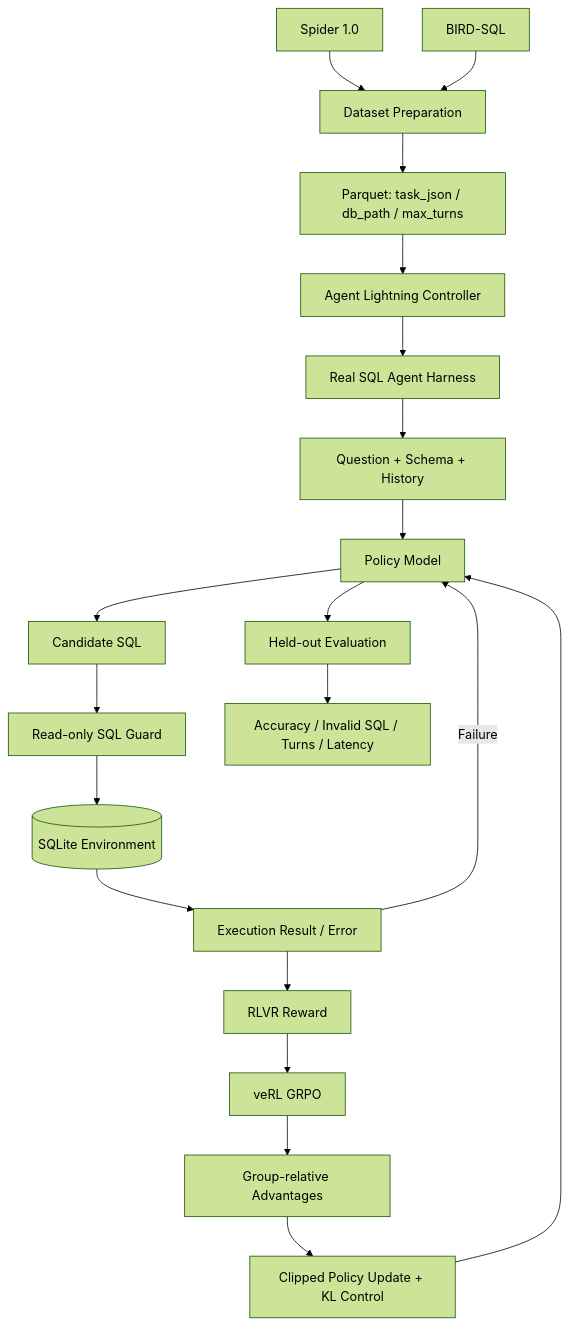
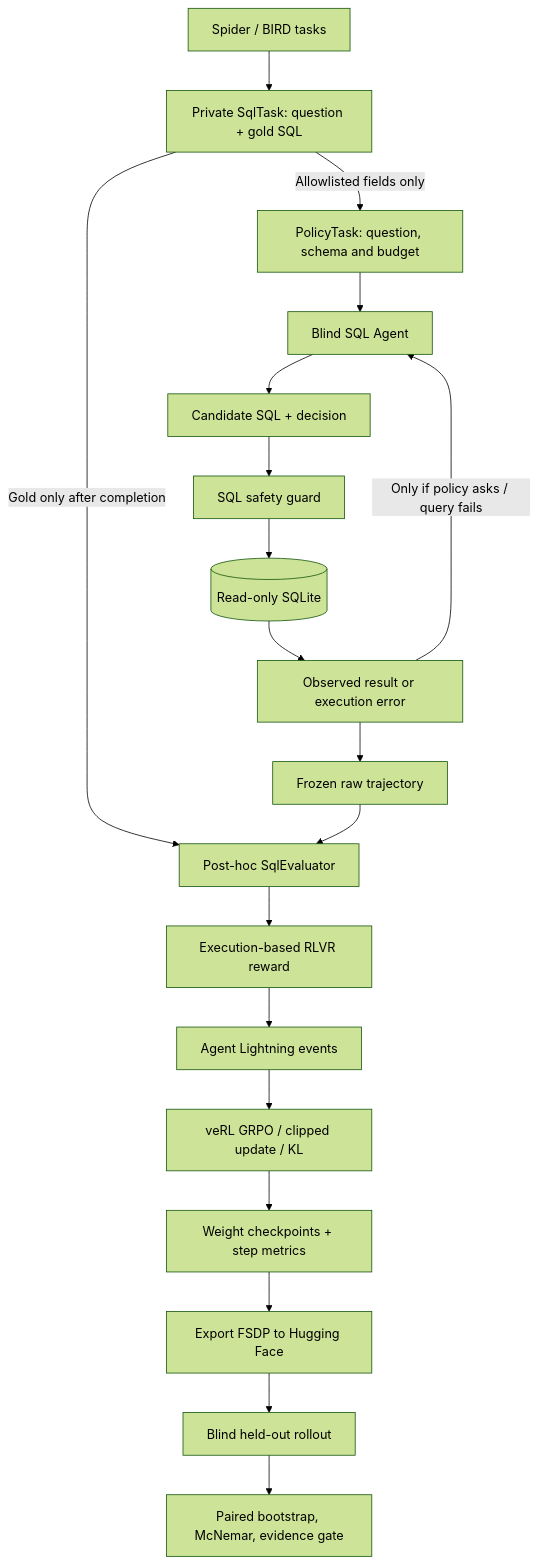
Before and after one commit to Benjamindaoson/Agentic-RL: the diagram in README.md, drawn with Mermaid (forest theme). The commit also changed other lines of this file and 54 other files, not shown here.

First line of the commit message:
feat: auditable GRPO/RLVR training and blind evaluation with evidence gates (#1)

````diff
--- a/README.md
+++ b/README.md
@@ -154,26 +34,21 @@
-```mermaid
+~~~mermaid
 flowchart TD
-    D1[Spider 1.0] --> P[Dataset Preparation]
-    D2[BIRD-SQL] --> P
-    P --> V[Parquet: task_json / db_path / max_turns]
-
-    V --> AGL[Agent Lightning Controller]
-    AGL --> H[Real SQL Agent Harness]
-
-    H --> O[Question + Schema + History]
-    O --> M[Policy Model]
-    M --> Q[Candidate SQL]
-    Q --> G[Read-only SQL Guard]
-    G --> DB[(SQLite Environment)]
-    DB --> E[Execution Result / Error]
-    E --> R[RLVR Reward]
-    E -->|Failure| M
-
-    R --> VERL[veRL GRPO]
-    VERL --> ADV[Group-relative Advantages]
-    ADV --> UPD[Clipped Policy Update + KL Control]
-    UPD --> M
-
-    M --> EV[Held-out Evaluation]
-    EV --> REP[Accuracy / Invalid SQL / Turns / Latency]
-```
+    DATA[Spider / BIRD tasks] --> PRIV[Private SqlTask: question + gold SQL]
+    PRIV -->|Allowlisted fields only| POLICY[PolicyTask: question, schema and budget]
+    POLICY --> AGENT[Blind SQL Agent]
+    AGENT --> SQL[Candidate SQL + decision]
+    SQL --> GUARD[SQL safety guard]
+    GUARD --> DB[(Read-only SQLite)]
+    DB --> ENV[Observed result or execution error]
+    ENV -->|Only if policy asks / query fails| AGENT
+    ENV --> TRACE[Frozen raw trajectory]
+    PRIV -->|Gold only after completion| EVAL[Post-hoc SqlEvaluator]
+    TRACE --> EVAL
+    EVAL --> REWARD[Execution-based RLVR reward]
+    REWARD --> AGL[Agent Lightning events]
+    AGL --> VERL[veRL GRPO / clipped update / KL]
+    VERL --> CKPT[Weight checkpoints + step metrics]
+    CKPT --> EXPORT[Export FSDP to Hugging Face]
+    EXPORT --> TEST[Blind held-out rollout]
+    TEST --> STATS[Paired bootstrap, McNemar, evidence gate]
+~~~
````
